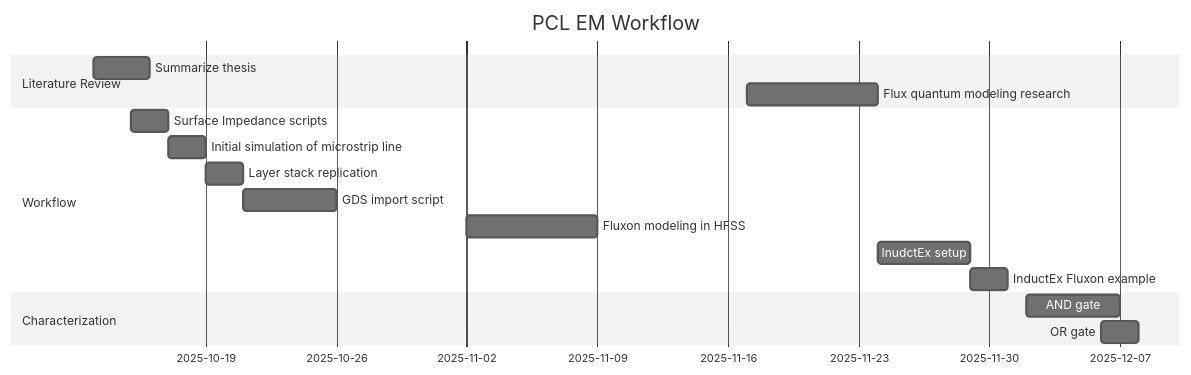
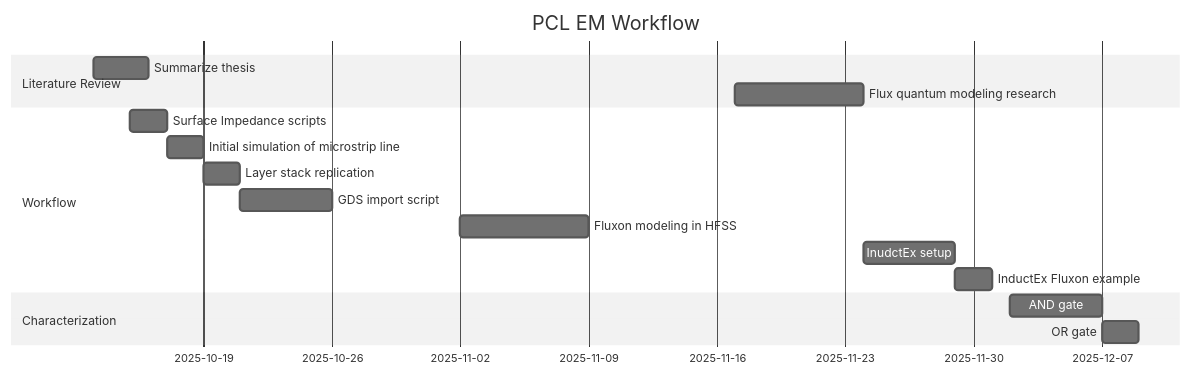
One commit to woodworthkyle/wisc_SC_EM_flow changed the diagram in README.md. Above: the diagram before and after it, drawn with Mermaid (neutral theme).

````diff
--- a/README.md
+++ b/README.md
@@ -1,19 +1,19 @@
 ```mermaid
 gantt
     title PCL EM Workflow
     dateFormat YYYY-MM-DD
     section Literature Review
         Summarize thesis: 2025-10-13, 3d
         Flux quantum modeling research: 2025-11-17, 7d
     section Workflow
         Surface Impedance scripts :2025-10-15, 2d
         Initial simulation of microstrip line :2025-10-17, 2d
         Layer stack replication: 2025-10-19, 2d
         GDS import script: 2025-10-21, 5d
         Fluxon modeling in HFSS: 2025-11-02, 7d
         InudctEx setup: 2025-11-24, 5d
         InductEx Fluxon example: 2025-11-29, 2d
     Section Characterization
         AND gate :2025-12-02, 5d
-        OR gate :2025-12-06, 2d
+        OR gate :2025-12-07, 2d
 ```
````
